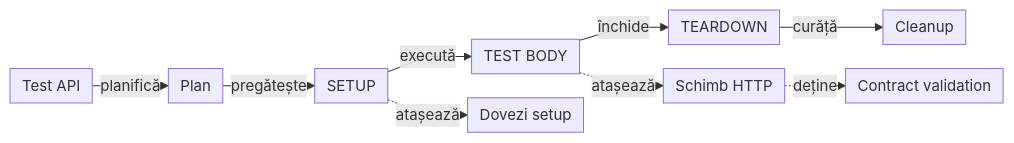
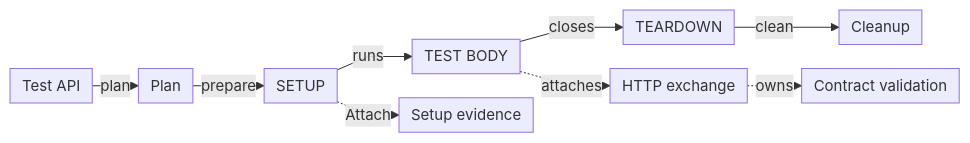
The diagram in docs/ATF_Api_Test_Guide.md (crististefanita/atf_j0), drawn with Mermaid before and after one commit. The commit also changed other lines of this file and 113 other files, not shown here.

````diff
--- a/docs/ATF_Api_Test_Guide.md
+++ b/docs/ATF_Api_Test_Guide.md
@@ -39,12 +49,12 @@
 ```mermaid
 %%{init: {"themeVariables":{"fontSize":"15px"},"themeCSS":".nodeLabel, .nodeLabel p { font-size: 15px !important; line-height: 1.35 !important; } .edgeLabel, .edgeLabel p { font-size: 12px !important; font-weight: 400 !important; line-height: 1.2 !important; } .edgeLabel .labelBkg, .edgeLabel p { background: transparent !important; } .edgeLabel foreignObject { transform: translateY(-18px); overflow: visible; } .node rect { rx: 6px; ry: 6px; }","flowchart":{"curve":"linear","nodeSpacing":24,"rankSpacing":16,"padding":6,"diagramPadding":20}}}%%
 flowchart LR
-    Test[Test API] -->|planifică| Plan["Plan"]
-    Plan -->|pregătește| Setup["SETUP"]
-    Setup -->|execută| Body[TEST BODY]
-    Body -->|închide| Teardown[TEARDOWN]
-    Teardown -->|curăță| Cleanup["Cleanup"]
-    Setup -. atașează .-> SetupRequest["Dovezi setup"]
-    Body -. atașează .-> BodyRequest["Schimb HTTP"]
-    BodyRequest -. deține .-> BodyValidation["Contract validation"]
+    Test[Test API] -->|plan| Plan["Plan"]
+    Plan -->|prepare| Setup["SETUP"]
+    Setup -->|runs| Body[TEST BODY]
+    Body -->|closes| Teardown[TEARDOWN]
+    Teardown -->|clean| Cleanup["Cleanup"]
+    Setup -. Attach .-> SetupRequest["Setup evidence"]
+    Body -. attaches .-> BodyRequest["HTTP exchange"]
+    BodyRequest -. owns .-> BodyValidation["Contract validation"]
 ```
````
